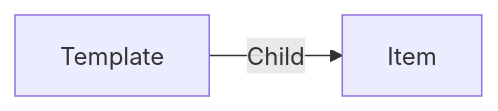
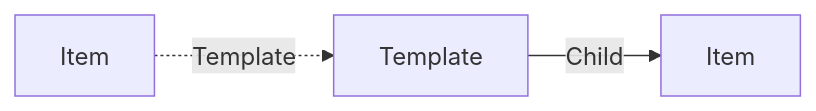
The second of 3 diagrams in src/web/items/template.md (fatfish-lab/aquarium-documentation), drawn with Mermaid before and after one commit. The commit also changed other lines of this file and 6 other files, not shown here.

````diff
--- a/src/web/items/template.md
+++ b/src/web/items/template.md
@@ -63,4 +65,5 @@
 ```mermaid
 graph LR
-  Template -->|Child| Item
+  Item -.->|Template| Template
+  Template -->|Child| Content[Item]:::Item
 ```
````
